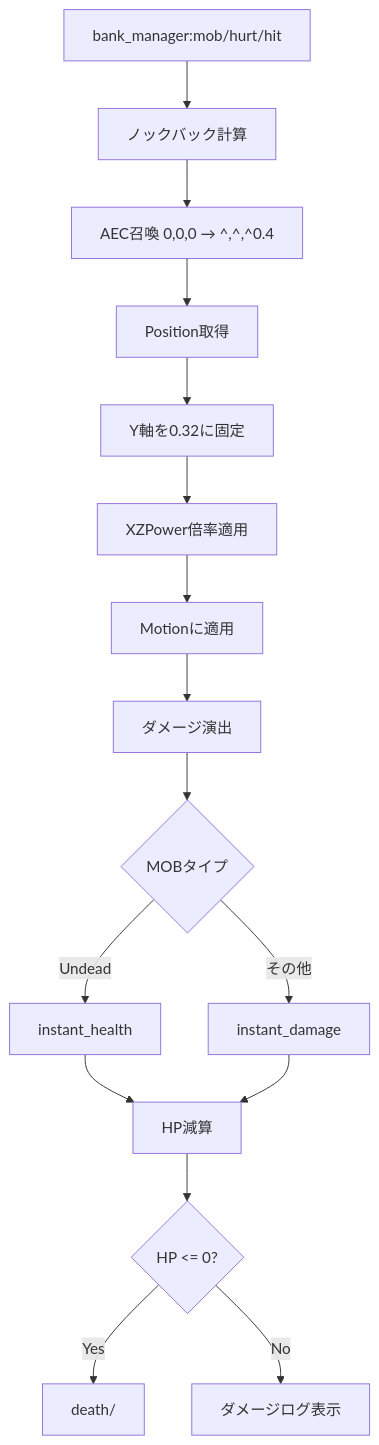
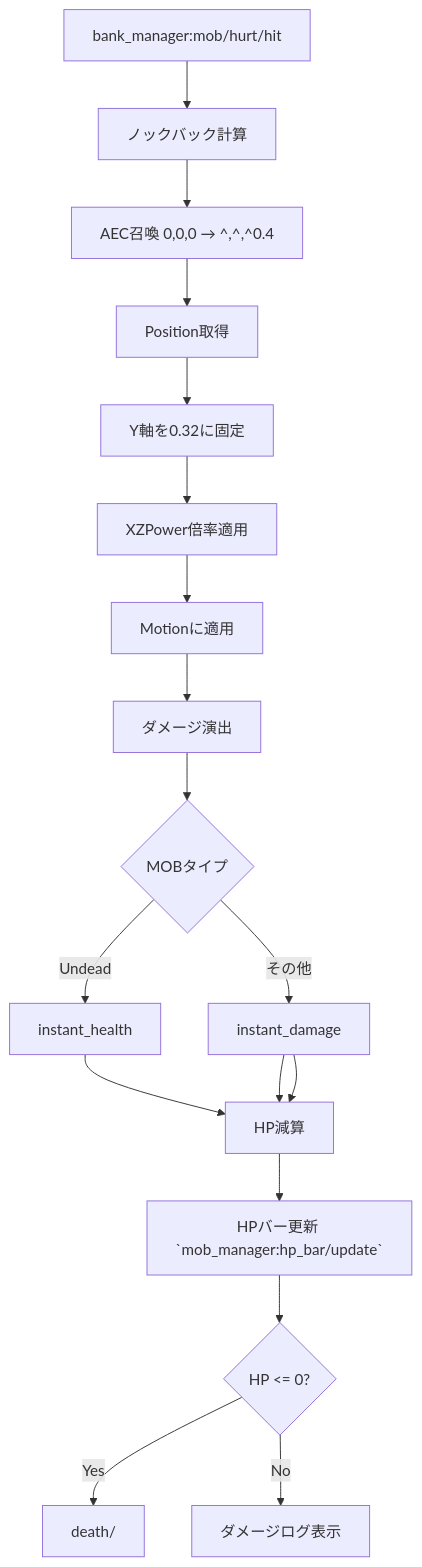
One commit to Avuorina/MinecraftLikeRPG changed the third of 11 diagrams in Flow.md. Above: the diagram before and after it, drawn with Mermaid. The commit also changed other lines of this file and 1 other file, not shown here.

````diff
--- a/Flow.md
+++ b/Flow.md
@@ -175,18 +175,20 @@
 ```mermaid
 graph TD
     A["bank_manager:mob/hurt/hit"] --> B[ノックバック計算]
     B --> C["AEC召喚 0,0,0 → ^,^,^0.4"]
     C --> D[Position取得]
     D --> E["Y軸を0.32に固定"]
     E --> F[XZPower倍率適用]
     F --> G[Motionに適用]
     G --> H[ダメージ演出]
     H --> I{MOBタイプ}
     I -->|Undead| J[instant_health]
     I -->|その他| K[instant_damage]
     J --> L[HP減算]
     K --> L
-    L --> M{HP <= 0?}
-    M -->|Yes| N["death/"]
-    M -->|No| O[ダメージログ表示]
+    K --> L[HP減算]
+    L --> M[HPバー更新 `mob_manager:hp_bar/update`]
+    M --> N{HP <= 0?}
+    N -->|Yes| O["death/"]
+    N -->|No| P[ダメージログ表示]
 ```
````
